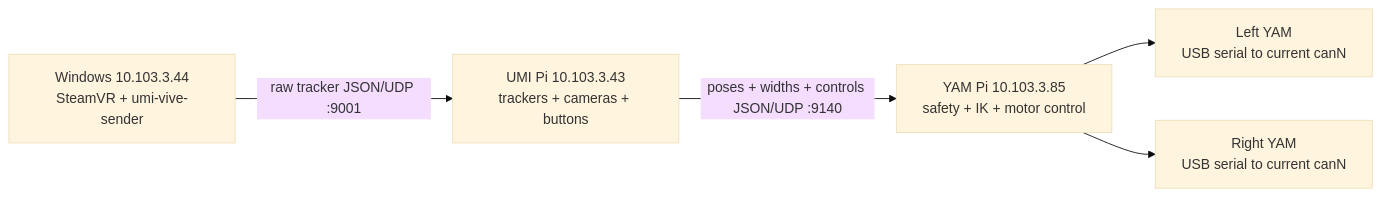
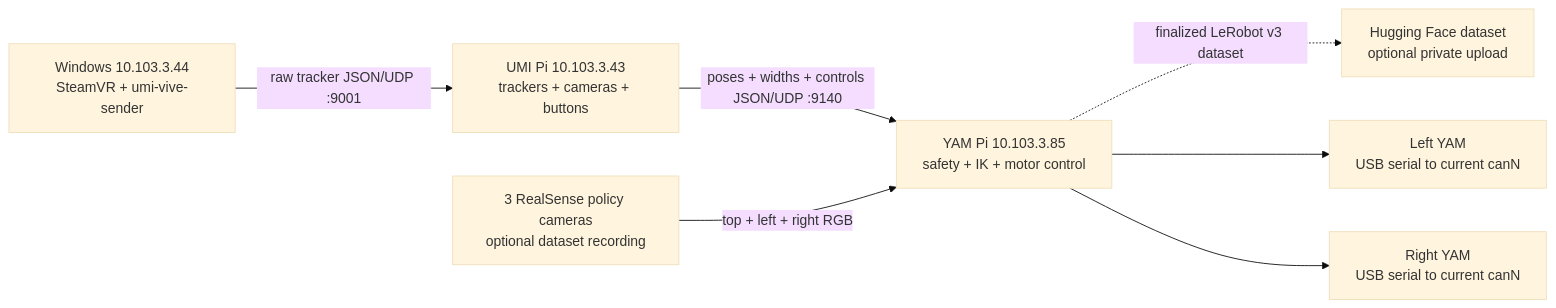
Before and after one commit to AfterQuery-Research/umi-teleop: the diagram in README.md, drawn with Mermaid (base theme). The commit also changed other lines of this file and 9 other files, not shown here.

Commit message:
Add LeRobot dataset recording pipeline

````diff
--- a/README.md
+++ b/README.md
@@ -11,12 +11,16 @@
 ```mermaid
 flowchart LR
     W["Windows 10.103.3.44<br/>SteamVR + umi-vive-sender"]
     S["UMI Pi 10.103.3.43<br/>trackers + cameras + buttons"]
     Y["YAM Pi 10.103.3.85<br/>safety + IK + motor control"]
+    C["3 RealSense policy cameras<br/>optional dataset recording"]
+    H["Hugging Face dataset<br/>optional private upload"]
     L["Left YAM<br/>USB serial to current canN"]
     R["Right YAM<br/>USB serial to current canN"]
     W -->|"raw tracker JSON/UDP :9001"| S
     S -->|"poses + widths + controls JSON/UDP :9140"| Y
+    C -->|"top + left + right RGB"| Y
+    Y -.->|"finalized LeRobot v3 dataset"| H
     Y --> L
     Y --> R
 ```
````
